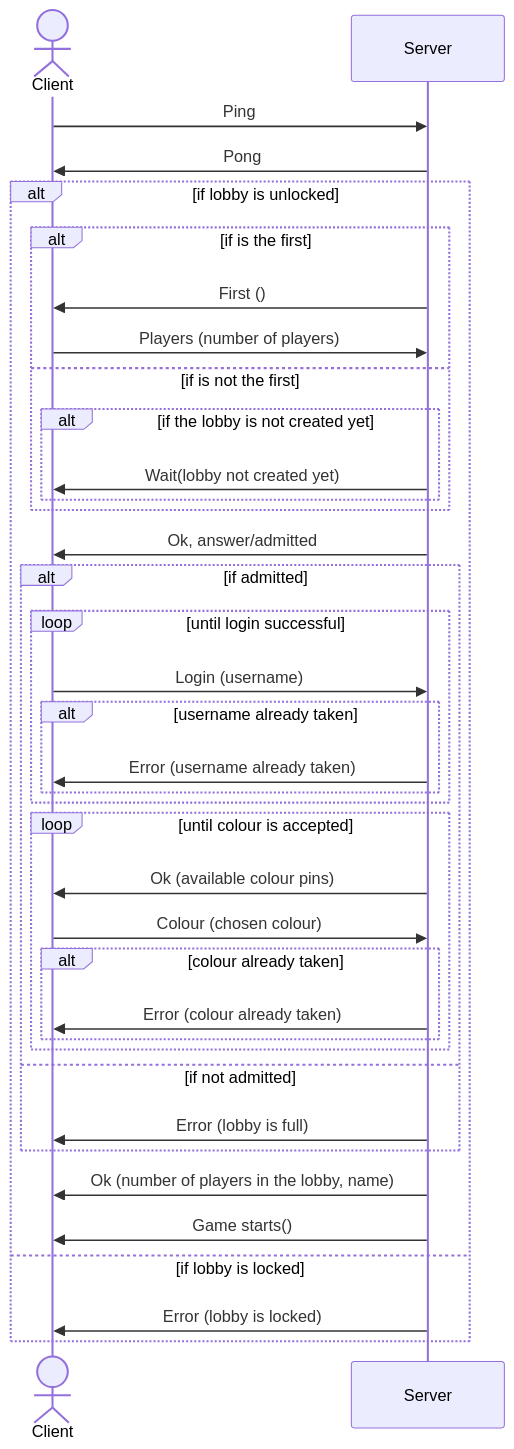
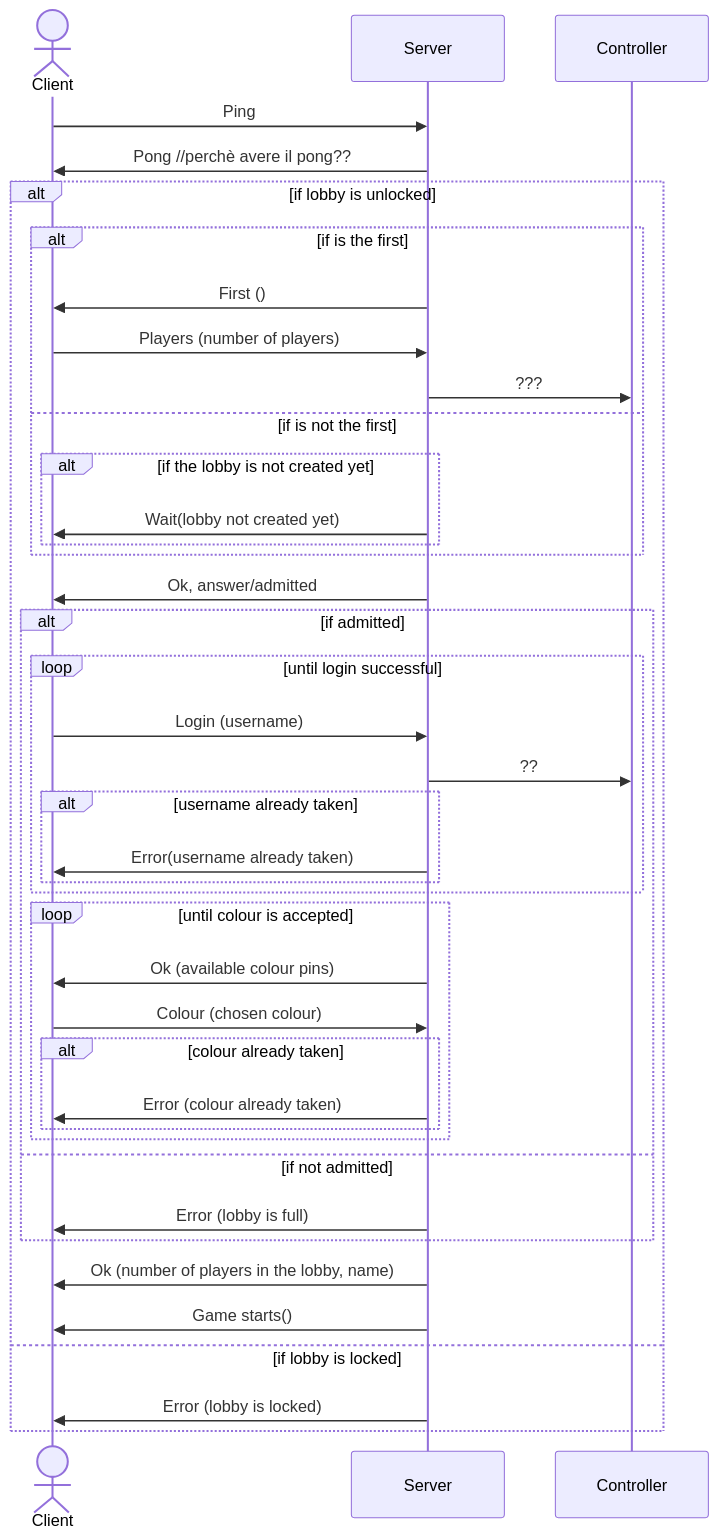
One commit to TheCaptainCraken/IS24-AM26 changed the first of 4 diagrams in deliverables/connection-serius.md. Above: the diagram before and after it, drawn with Mermaid. The commit also changed other lines of this file, not shown here.

Commit message:
update of uml

````diff
--- a/deliverables/connection-serius.md
+++ b/deliverables/connection-serius.md
@@ -5,39 +5,44 @@
 ```mermaid
 sequenceDiagram
     actor Client
+    participant Server
+    participant Controller
+
     Client ->> Server: Ping
-    Server ->> Client: Pong
+    Server ->> Client: Pong //perchè avere il pong??
     alt if lobby is unlocked
         alt if is the first
             Server ->> Client: First ()
             Client ->> Server: Players (number of players)
+            Server ->> Controller: ???
         else if is not the first
             alt if the lobby is not created yet
                 Server ->> Client:  Wait(lobby not created yet) 
             end   
         end
         Server ->> Client: Ok, answer/admitted
         alt if admitted
             loop until login successful
                 Client ->> Server: Login (username)
+                Server ->> Controller: ??
                     alt username already taken
-                        Server ->> Client: Error (username already taken)
+                        Server ->> Client: Error(username already taken)
                     end
             end
               loop until colour is accepted
                   Server ->> Client: Ok (available colour pins)
                   Client ->> Server: Colour (chosen colour)
                   alt colour already taken
                     Server ->> Client: Error (colour already taken) 
                   end
             end
         else if not admitted
             Server ->> Client: Error (lobby is full)
         end
         Server ->> Client: Ok (number of players in the lobby, name)
         Server ->> Client: Game starts()
     else if lobby is locked
         Server ->> Client: Error (lobby is locked)
     end
 
 ```
````
